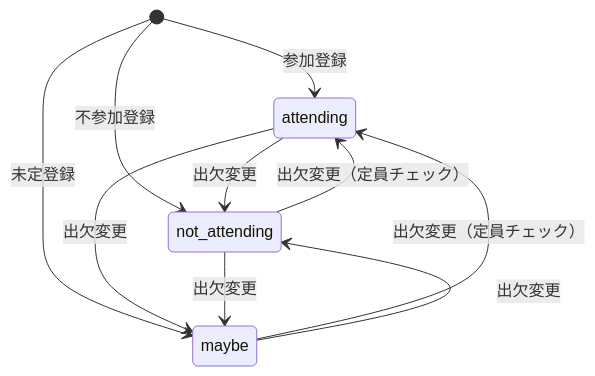
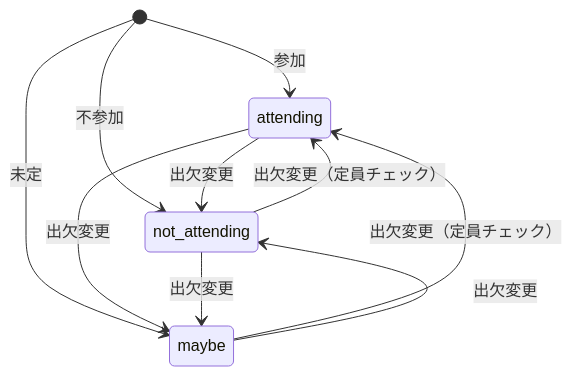
One commit to rytkhs/event-pay changed the first of 3 diagrams in docs/domain.md. Above: the diagram before and after it, drawn with Mermaid. The commit also changed other lines of this file and 54 other files, not shown here.

````diff
--- a/docs/domain.md
+++ b/docs/domain.md
@@ -175,13 +175,13 @@
 ```mermaid
 stateDiagram-v2
-  [*] --> attending: 参加登録
-  [*] --> not_attending: 不参加登録
-  [*] --> maybe: 未定登録
+  [*] --> attending: 参加
+  [*] --> not_attending: 不参加
+  [*] --> maybe: 未定
 
   attending --> not_attending: 出欠変更
   attending --> maybe: 出欠変更
   not_attending --> attending: 出欠変更（定員チェック）
   not_attending --> maybe: 出欠変更
   maybe --> attending: 出欠変更（定員チェック）
   maybe --> not_attending: 出欠変更
 ```
````
